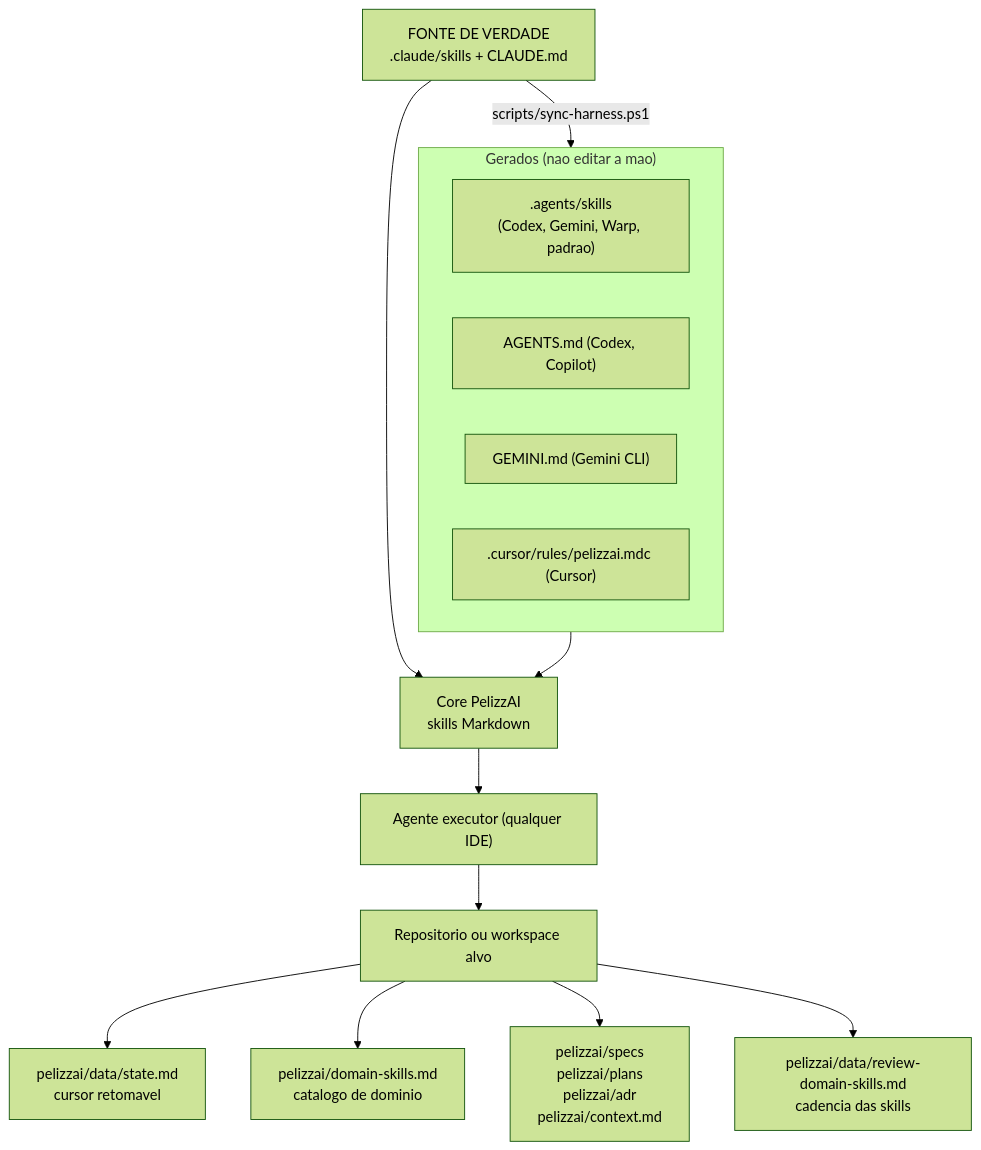
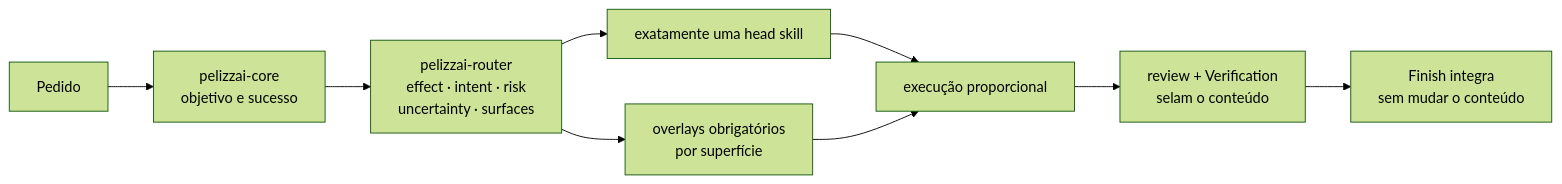
The first of 4 diagrams in README.md (rpelizza/PelizzAI), drawn with Mermaid (forest theme) before and after one commit. The commit also changed other lines of this file and 103 other files, not shown here.

First line of the commit message:
feat(harness): torna o PelizzAI adaptativo ao contexto

````diff
--- a/README.md
+++ b/README.md
@@ -37,23 +17,11 @@
 ```mermaid
-flowchart TB
-    SRC["FONTE DE VERDADE<br/>.claude/skills + CLAUDE.md"]
-    SRC -->|"scripts/sync-harness.ps1"| GEN
-
-    subgraph GEN["Gerados (nao editar a mao)"]
-        AG[".agents/skills<br/>(Codex, Gemini, Warp, padrao)"]
-        AGMD["AGENTS.md (Codex, Copilot)"]
-        GMMD["GEMINI.md (Gemini CLI)"]
-        CUR[".cursor/rules/pelizzai.mdc (Cursor)"]
-    end
-
-    SRC --> CORE["Core PelizzAI<br/>skills Markdown"]
-    GEN --> CORE
-
-    CORE --> AGENT["Agente executor (qualquer IDE)"]
-    AGENT --> TARGET["Repositorio ou workspace alvo"]
-
-    TARGET --> STATE["pelizzai/data/state.md<br/>cursor retomavel"]
-    TARGET --> DOMAIN["pelizzai/domain-skills.md<br/>catalogo de dominio"]
-    TARGET --> DOCS["pelizzai/specs<br/>pelizzai/plans<br/>pelizzai/adr<br/>pelizzai/context.md"]
-    TARGET --> LEDGER["pelizzai/data/review-domain-skills.md<br/>cadencia das skills"]
+flowchart LR
+    U["Pedido"] --> C["pelizzai-core<br/>objetivo e sucesso"]
+    C --> R["pelizzai-router<br/>effect · intent · risk<br/>uncertainty · surfaces"]
+    R --> H["exatamente uma head skill"]
+    R --> O["overlays obrigatórios<br/>por superfície"]
+    H --> E["execução proporcional"]
+    O --> E
+    E --> V["review + Verification<br/>selam o conteúdo"]
+    V --> F["Finish integra<br/>sem mudar o conteúdo"]
 ```
````
